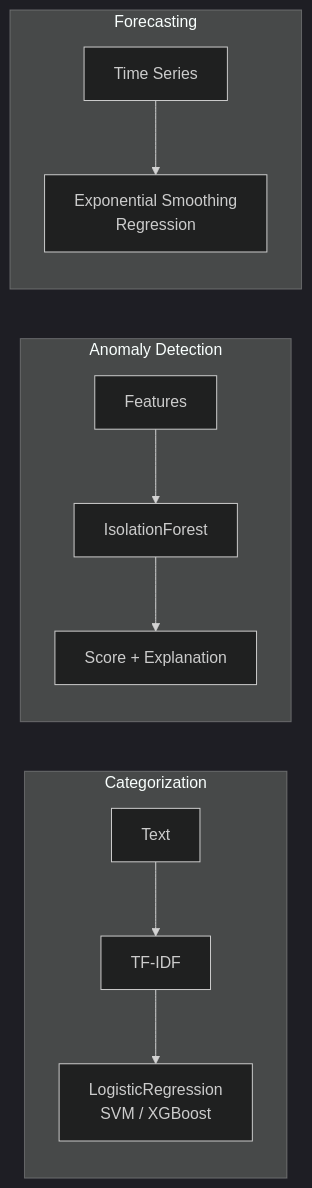
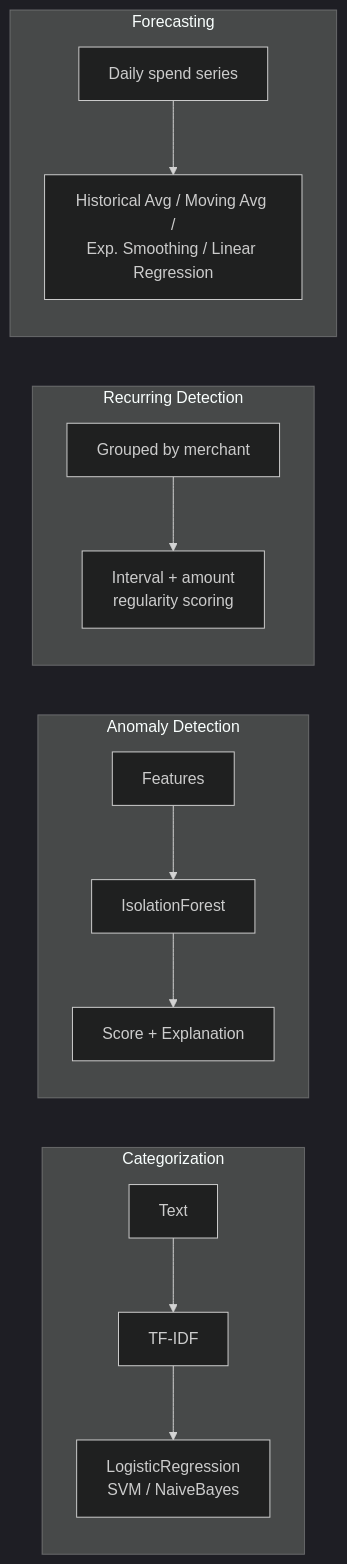
One commit to barmanakash/ML-Finance-Intelligence-Platform changed the second of 2 diagrams in README.md. Above: the diagram before and after it, drawn with Mermaid (dark theme). The commit also changed other lines of this file and 21 other files, not shown here.

````diff
--- a/README.md
+++ b/README.md
@@ -78,12 +79,15 @@
 ```mermaid
 flowchart LR
     subgraph Categorization
-        T["Text"] --> TF["TF-IDF"] --> CL["LogisticRegression<br/>SVM / XGBoost"]
+        T["Text"] --> TF["TF-IDF"] --> CL["LogisticRegression<br/>SVM / NaiveBayes"]
     end
     subgraph AnomalyDetection["Anomaly Detection"]
         F["Features"] --> IF["IsolationForest"] --> SC["Score + Explanation"]
     end
+    subgraph Recurring["Recurring Detection"]
+        G["Grouped by merchant"] --> INT["Interval + amount<br/>regularity scoring"]
+    end
     subgraph Forecasting
-        TS["Time Series"] --> EX["Exponential Smoothing<br/>Regression"]
+        TS["Daily spend series"] --> EX["Historical Avg / Moving Avg /<br/>Exp. Smoothing / Linear Regression"]
     end
 ```
````
